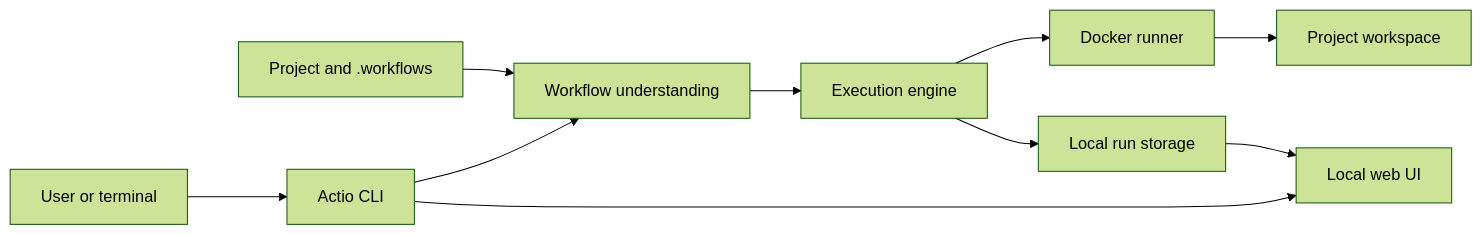
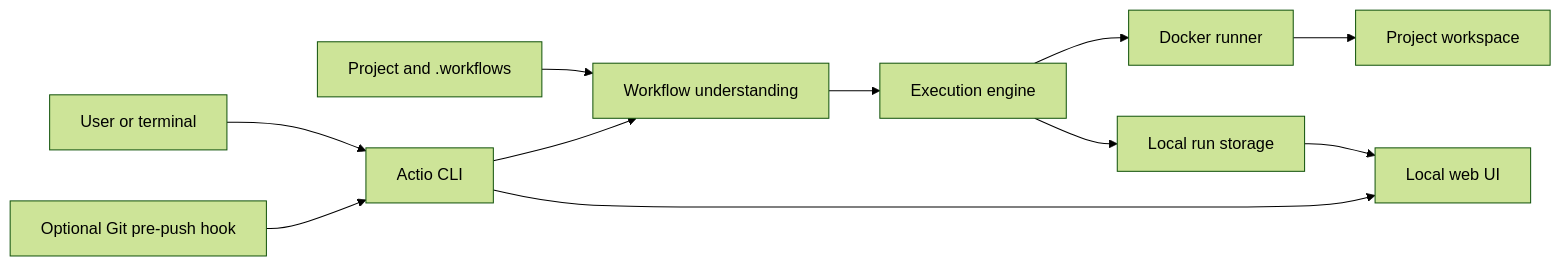
Before and after one commit to Ossi-1337/actio: the diagram in docs/architecture.md, drawn with Mermaid (forest theme). The commit also changed other lines of this file and 32 other files, not shown here.

First line of the commit message:
Add managed Git pre-push workflow hooks

````diff
--- a/docs/architecture.md
+++ b/docs/architecture.md
@@ -9,12 +9,13 @@
 ```mermaid
 flowchart LR
     User["User or terminal"] --> CLI["Actio CLI"]
+    Git["Optional Git pre-push hook"] --> CLI
     Project["Project and .workflows"] --> Core["Workflow understanding"]
     CLI --> Core
     Core --> Engine["Execution engine"]
     Engine --> Runner["Docker runner"]
     Runner --> Workspace["Project workspace"]
     Engine --> Storage["Local run storage"]
     Storage --> Web["Local web UI"]
     CLI --> Web
 ```
````
